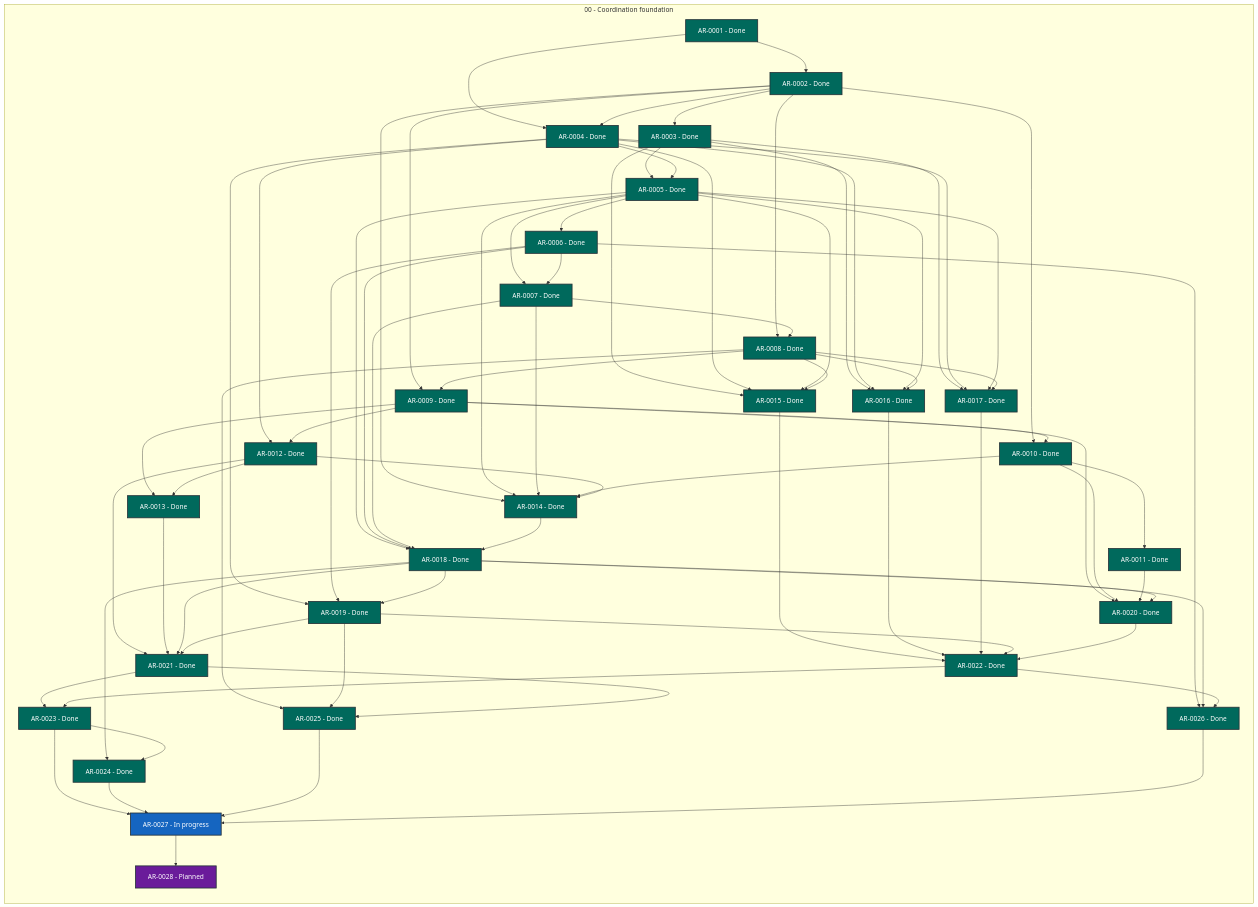
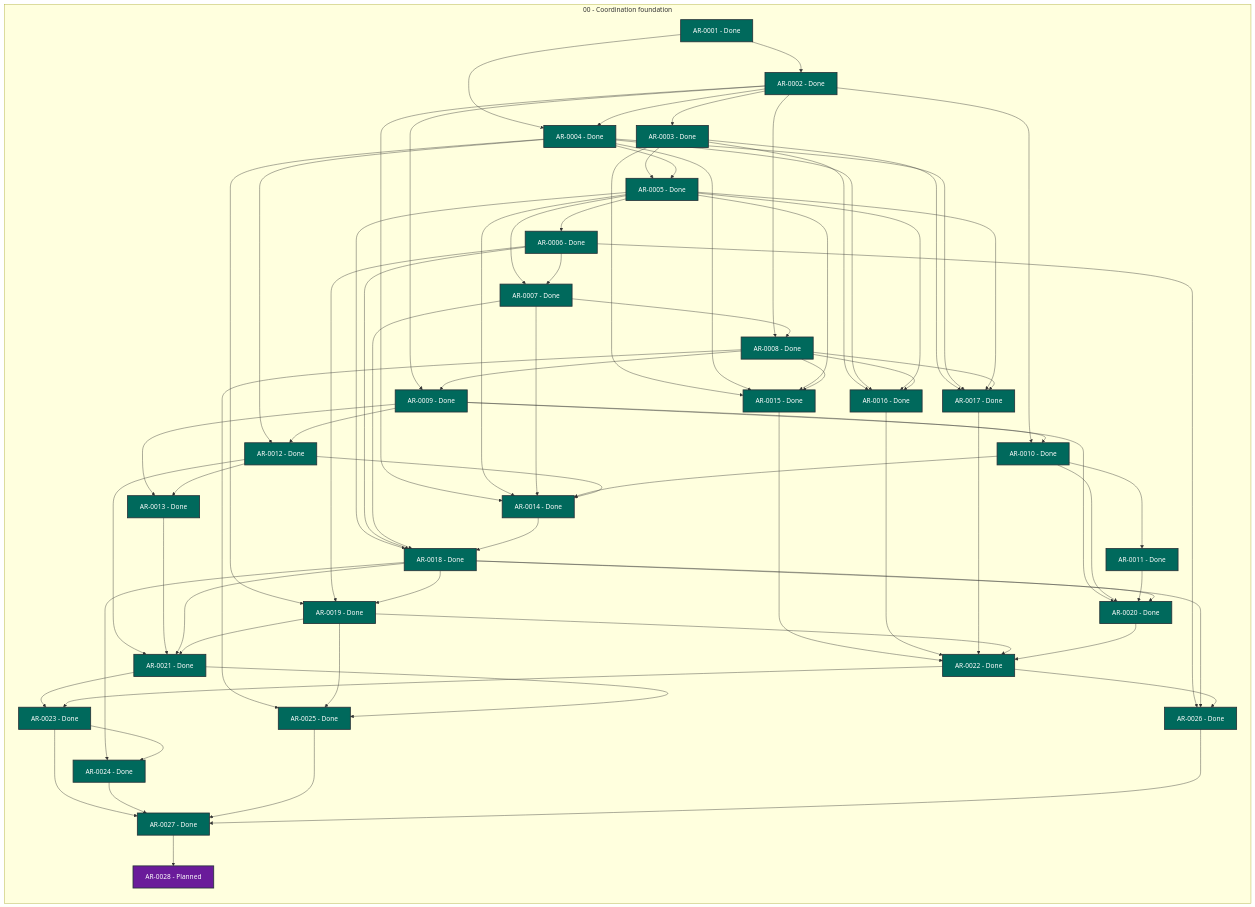
Before and after one commit to martin-beck/agent-workflow-runtime-state: the diagram in STATUS.md, drawn with Mermaid. The commit also changed other lines of this file and 2 other files, not shown here.

```diff
--- a/STATUS.md
+++ b/STATUS.md
@@ -54,7 +54,7 @@
         AR_0024["AR-0024 - Done"]:::status_done
         AR_0025["AR-0025 - Done"]:::status_done
         AR_0026["AR-0026 - Done"]:::status_done
-        AR_0027["AR-0027 - In progress"]:::status_in_progress
+        AR_0027["AR-0027 - Done"]:::status_done
         AR_0028["AR-0028 - Planned"]:::status_planned
     end
     AR_0001 --> AR_0002
```
